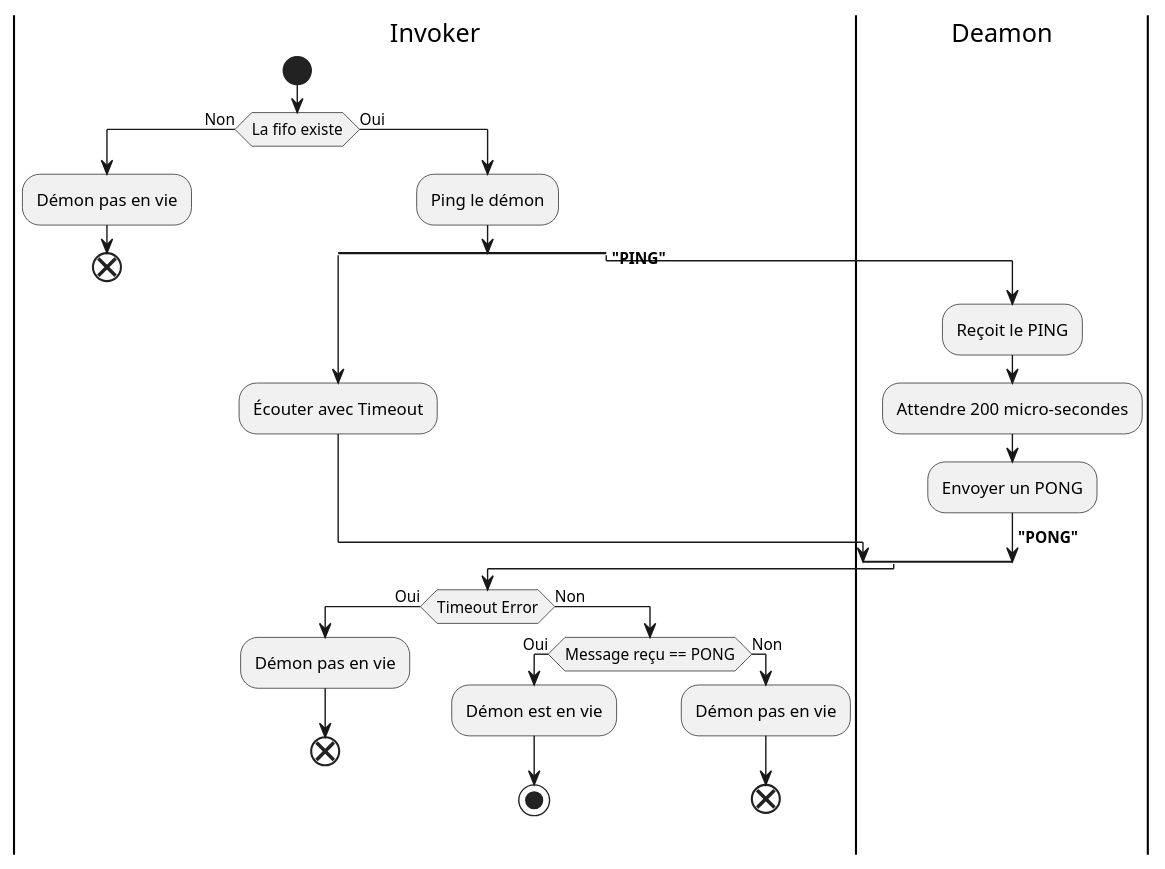
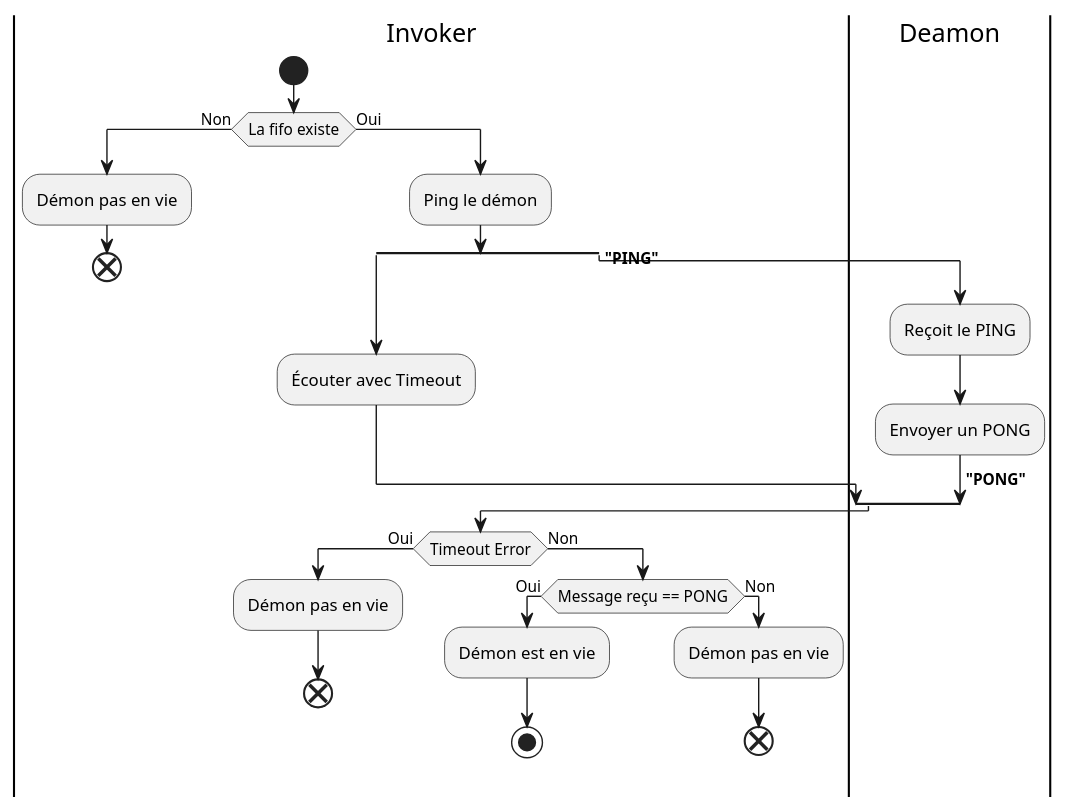
The diagram in diagramms/state.puml (Anthony-Jhoiro/Archi-Sys_sophia), drawn with PlantUML before and after one commit. The commit also changed 2 other files, not shown here.

Commit message:
relmove 200micro sec from rapport

```diff
--- a/diagramms/state.puml
+++ b/diagramms/state.puml
@@ -1,44 +1,43 @@
 @startuml 
 -[hidden]->
 
 |Invoker|
 start 
 
 
 if (La fifo existe) then (Non)
     :Démon pas en vie;
     end
 else (Oui)
     :Ping le démon;
     split
         |Invoker|
         :Écouter avec Timeout;   
         |Deamon|      
     
     split again 
         -> <b>"PING";
         :Reçoit le PING;
-        :Attendre 200 micro-secondes;
         :Envoyer un PONG;
         -> <b>"PONG";
         
     end split
 
     |Invoker|
     if (Timeout Error) then (Oui)
         :Démon pas en vie;
         end
 
     else (Non)
         if (Message reçu == PONG) then (Oui)
             :Démon est en vie;
             stop
         else (Non)
             :Démon pas en vie;
             end
         endif 
 
     endif 
 endif
 
 @enduml 
```
